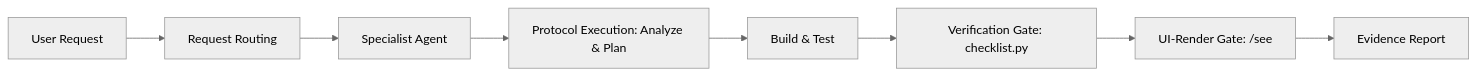
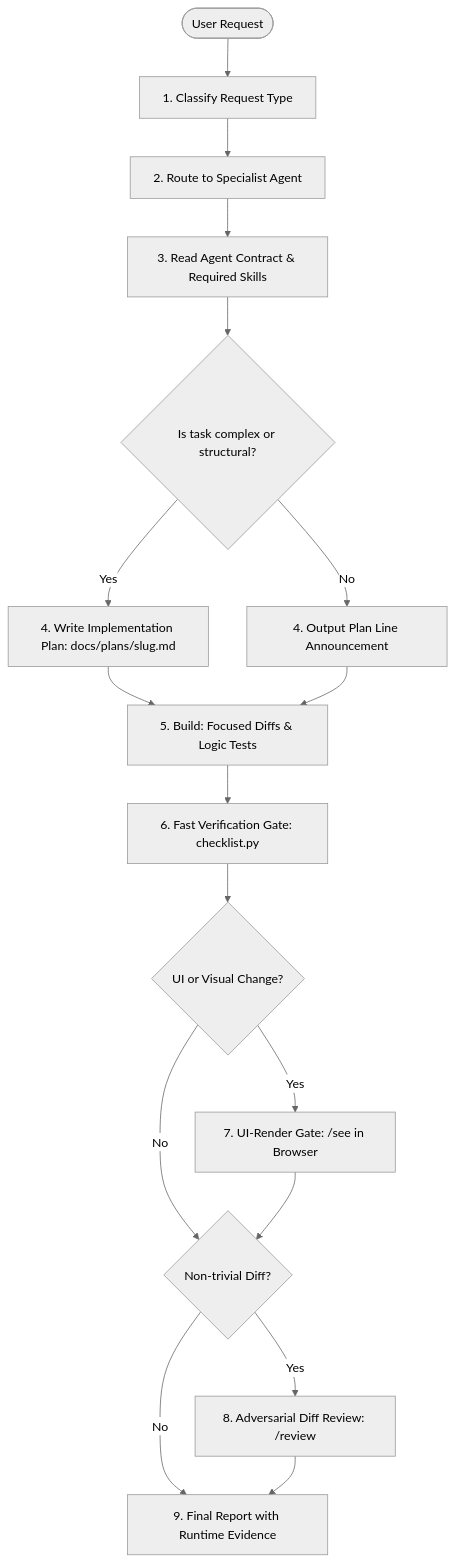
The diagram in README.md (KeithTorda/agkit2), drawn with Mermaid (neutral theme) before and after one commit. The commit also changed other lines of this file and 1 other file, not shown here.

````diff
--- a/README.md
+++ b/README.md
@@ -18,10 +52,19 @@
 ```mermaid
-flowchart LR
-    A[User Request] --> B[Request Routing]
-    B --> C[Specialist Agent]
-    C --> D[Protocol Execution: Analyze & Plan]
-    D --> E[Build & Test]
-    E --> F[Verification Gate: checklist.py]
-    F --> G[UI-Render Gate: /see]
-    G --> H[Evidence Report]
+flowchart TD
+    User([User Request]) --> Classify[1. Classify Request Type]
+    Classify --> Route[2. Route to Specialist Agent]
+    Route --> ReadDocs[3. Read Agent Contract & Required Skills]
+    ReadDocs --> PlanCheck{Is task complex or structural?}
+    PlanCheck -- Yes --> WritePlan[4. Write Implementation Plan: docs/plans/slug.md]
+    PlanCheck -- No --> PlanLine[4. Output Plan Line Announcement]
+    WritePlan --> Build[5. Build: Focused Diffs & Logic Tests]
+    PlanLine --> Build
+    Build --> Gate1[6. Fast Verification Gate: checklist.py]
+    Gate1 --> Gate2{UI or Visual Change?}
+    Gate2 -- Yes --> SeeGate[7. UI-Render Gate: /see in Browser]
+    Gate2 -- No --> ReviewGate{Non-trivial Diff?}
+    SeeGate --> ReviewGate
+    ReviewGate -- Yes --> Review[8. Adversarial Diff Review: /review]
+    ReviewGate -- No --> EvidenceReport[9. Final Report with Runtime Evidence]
+    Review --> EvidenceReport
 ```
````
